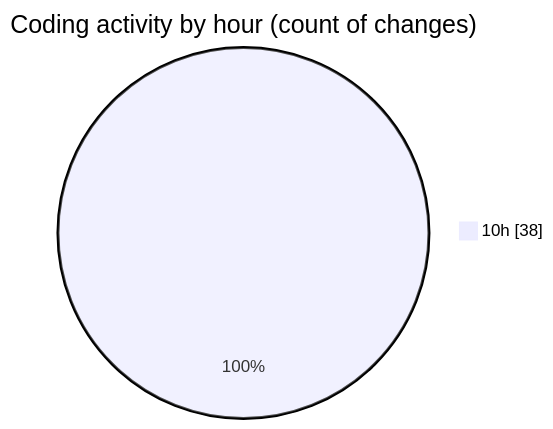
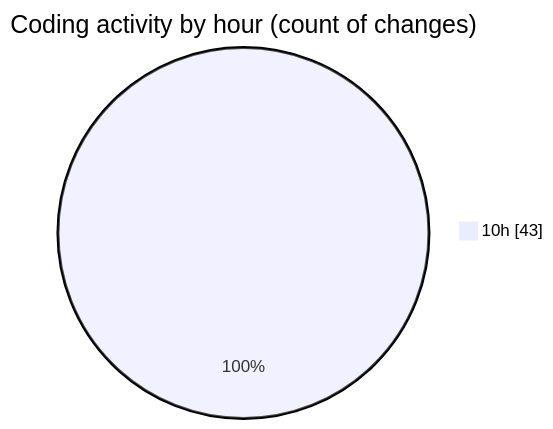
One commit to momahboobian/code-tracking changed the second of 2 diagrams in 2025-08-28/cda/README.md. Above: the diagram before and after it, drawn with Mermaid. The commit also changed other lines of this file and 1 other file, not shown here.

````diff
--- a/2025-08-28/cda/README.md
+++ b/2025-08-28/cda/README.md
@@ -30,5 +30,5 @@
 ```mermaid
 pie showData
 title Coding activity by hour (count of changes)
-"10h" : 38
+"10h" : 43
 ```
````
